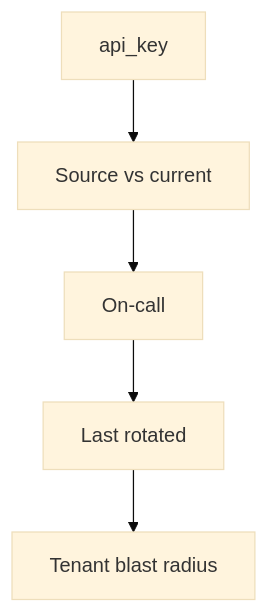
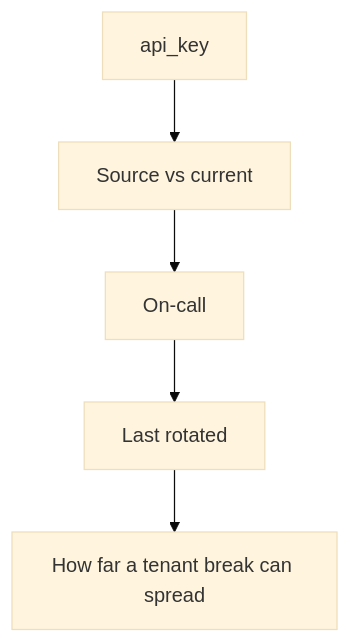
The first of 2 diagrams in content/modules/5/5.3/lessons/02-model.md (ishitvagoel/LearnSecurity), drawn with Mermaid (base theme) before and after one commit. The commit also changed 230 other files, not shown here.

````diff
--- a/content/modules/5/5.3/lessons/02-model.md
+++ b/content/modules/5/5.3/lessons/02-model.md
@@ -14,7 +14,7 @@
 ```mermaid
 flowchart TD
   Name[api_key] --> Loc[Source vs current]
   Loc --> Owner[On-call]
   Owner --> Rotated[Last rotated]
-  Rotated --> Blast[Tenant blast radius]
+  Rotated --> Blast[How far a tenant break can spread]
 ```
````
